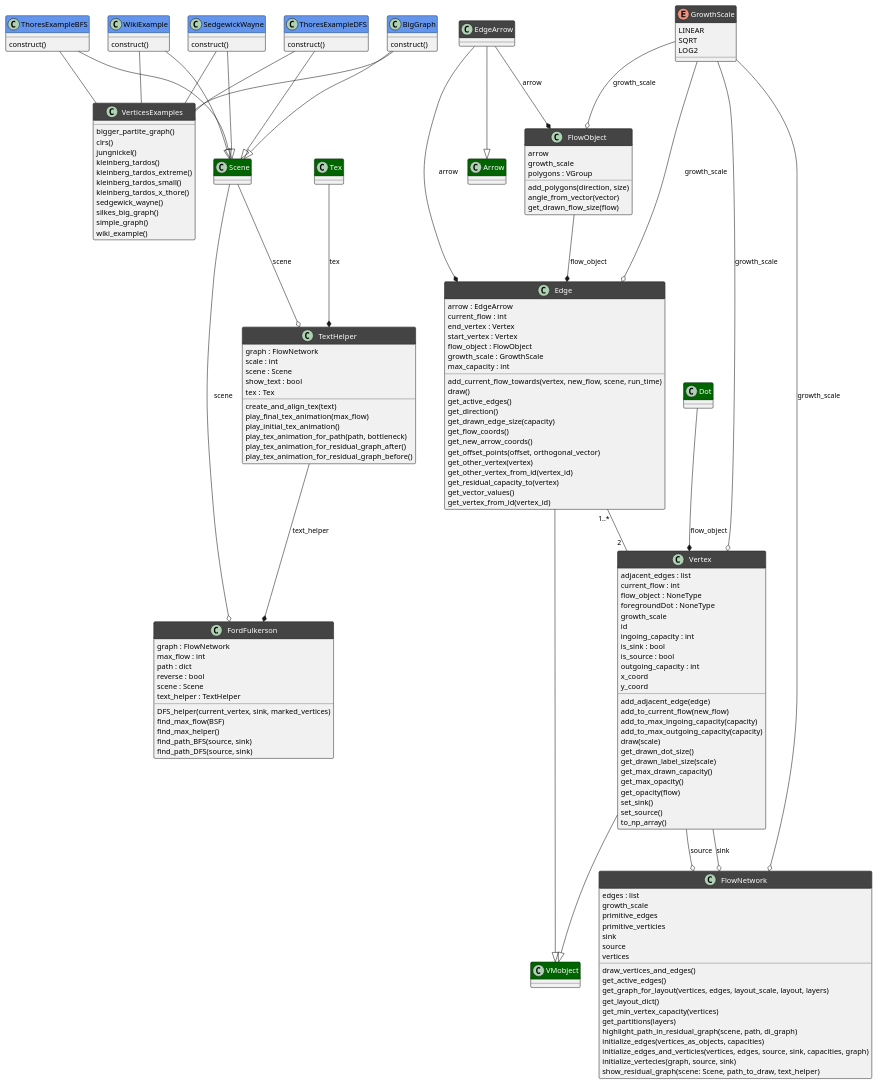
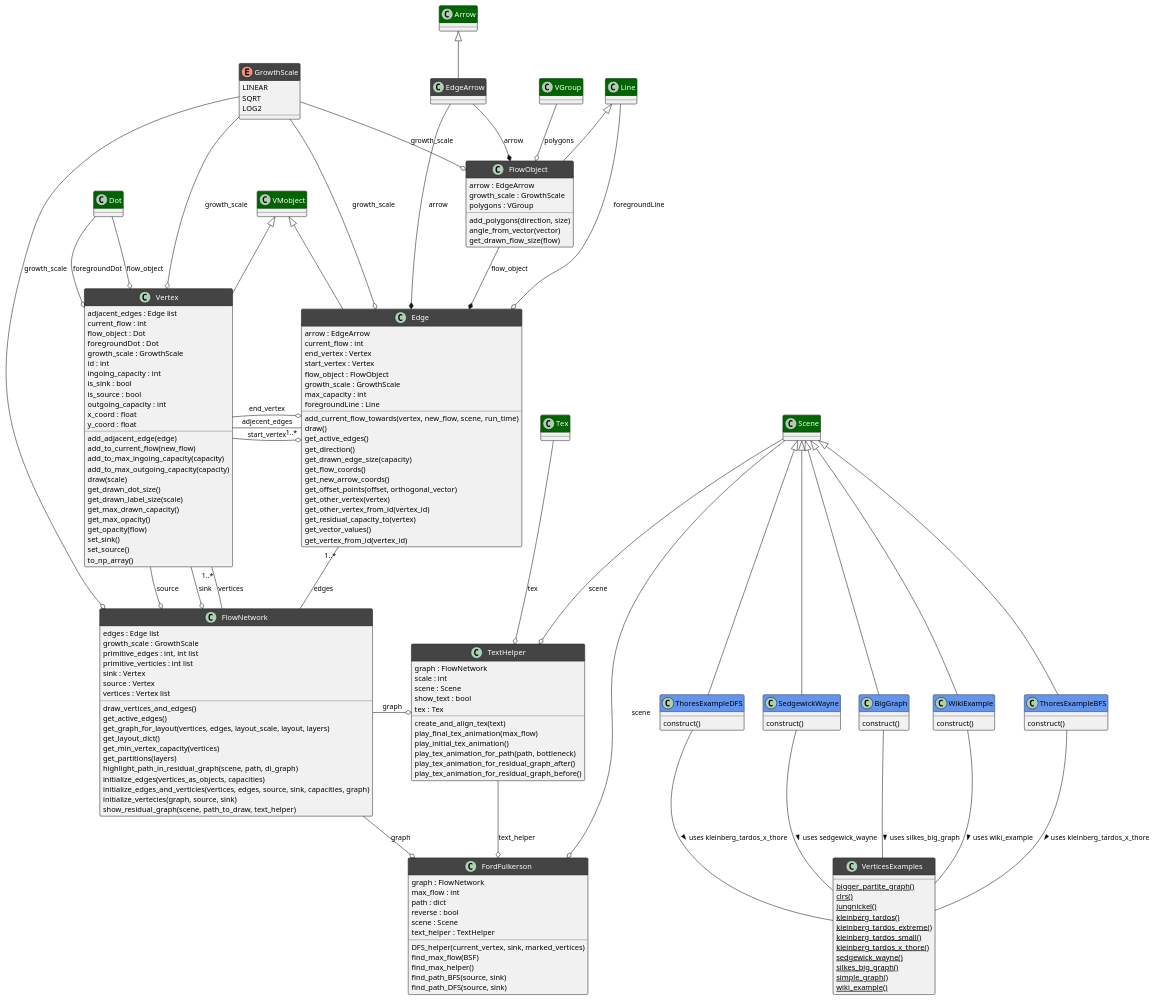
One commit to rakulmaria/bachelor-spring-24 changed the diagram in classesDiagram.puml. Above: the diagram before and after it, drawn with PlantUML. The commit also changed 1 other file, not shown here.

```diff
--- a/classesDiagram.puml
+++ b/classesDiagram.puml
@@ -1,185 +1,199 @@
 @startuml classes
 skinparam classFontColor automatic
 skinparam classHeaderBackgroundColor #444
 set namespaceSeparator none
 
-class "VerticesExamples" as src.vertices_examples.VerticesExamples {
-  bigger_partite_graph()
-  clrs()
-  jungnickel()
-  kleinberg_tardos()
-  kleinberg_tardos_extreme()
-  kleinberg_tardos_small()
-  kleinberg_tardos_x_thore()
-  sedgewick_wayne()
-  silkes_big_graph()
-  simple_graph()
-  wiki_example()
+class "VerticesExamples" as VerticesExamples {
+  {static} bigger_partite_graph()
+  {static} clrs()
+  {static} jungnickel()
+  {static} kleinberg_tardos()
+  {static} kleinberg_tardos_extreme()
+  {static} kleinberg_tardos_small()
+  {static} kleinberg_tardos_x_thore()
+  {static} sedgewick_wayne()
+  {static} silkes_big_graph()
+  {static} simple_graph()
+  {static} wiki_example()
 }
 
-class "WikiExample" as src.main.WikiExample #header:CornFlowerBlue {
+class "WikiExample" as WikiExample #header:CornFlowerBlue {
   construct()
 }
-class "ThoresExampleBFS" as src.main.ThoresExampleBFS #header:CornFlowerBlue {
+class "ThoresExampleBFS" as ThoresExampleBFS #header:CornFlowerBlue {
   construct()
 }
-class "ThoresExampleDFS" as src.main.ThoresExampleDFS #header:CornFlowerBlue {
+class "ThoresExampleDFS" as ThoresExampleDFS #header:CornFlowerBlue {
   construct()
 }
-class "SedgewickWayne" as src.main.SedgewickWayne #header:CornFlowerBlue {
+class "SedgewickWayne" as SedgewickWayne #header:CornFlowerBlue {
   construct()
 }
-class "BigGraph" as src.main.BigGraph #header:CornFlowerBlue {
+class "BigGraph" as BigGraph #header:CornFlowerBlue {
   construct()
 }
 
-class "Dot" as manim.mobject.geometry.arc.Dot #header:DarkGreen {}
+class "Dot" as Dot #header:DarkGreen {}
 class "Edge" as Edge {
   arrow : EdgeArrow
   current_flow : int
   end_vertex : Vertex
   start_vertex : Vertex
   flow_object : FlowObject
   growth_scale : GrowthScale
   max_capacity : int
+  foregroundLine : Line
   add_current_flow_towards(vertex, new_flow, scene, run_time)
   draw()
   get_active_edges()
   get_direction()
   get_drawn_edge_size(capacity)
   get_flow_coords()
   get_new_arrow_coords()
   get_offset_points(offset, orthogonal_vector)
   get_other_vertex(vertex)
   get_other_vertex_from_id(vertex_id)
   get_residual_capacity_to(vertex)
   get_vector_values()
   get_vertex_from_id(vertex_id)
 }
-class "EdgeArrow" as src.arrow.EdgeArrow {
+class "EdgeArrow" as EdgeArrow {
 }
-class "FlowNetwork" as src.flow_network.FlowNetwork {
-  edges : list
-  growth_scale
-  primitive_edges
-  primitive_verticies
-  sink
-  source
-  vertices
+class "FlowNetwork" as FlowNetwork {
+  edges : Edge list
+  growth_scale : GrowthScale
+  primitive_edges : int, int list
+  primitive_verticies : int list
+  sink : Vertex
+  source : Vertex
+  vertices : Vertex list
   draw_vertices_and_edges()
   get_active_edges()
   get_graph_for_layout(vertices, edges, layout_scale, layout, layers)
   get_layout_dict()
   get_min_vertex_capacity(vertices)
   get_partitions(layers)
   highlight_path_in_residual_graph(scene, path, di_graph)
   initialize_edges(vertices_as_objects, capacities)
   initialize_edges_and_verticies(vertices, edges, source, sink, capacities, graph)
   initialize_vertecies(graph, source, sink)
-  show_residual_graph(scene: Scene, path_to_draw, text_helper)
+  show_residual_graph(scene, path_to_draw, text_helper)
 }
-class "FlowObject" as src.flow_object.FlowObject {
-  arrow
-  growth_scale
+class "FlowObject" as FlowObject {
+  arrow : EdgeArrow
+  growth_scale : GrowthScale
   polygons : VGroup
   add_polygons(direction, size)
   angle_from_vector(vector)
   get_drawn_flow_size(flow)
 }
-class "FordFulkerson" as src.ford_fulkerson.FordFulkerson {
+class "FordFulkerson" as FordFulkerson {
   graph : FlowNetwork
   max_flow : int
   path : dict
   reverse : bool
   scene : Scene
   text_helper : TextHelper
   DFS_helper(current_vertex, sink, marked_vertices)
   find_max_flow(BSF)
   find_max_helper()
   find_path_BFS(source, sink)
   find_path_DFS(source, sink)
 }
-enum "GrowthScale" as src.utils.GrowthScale {
+enum "GrowthScale" as GrowthScale {
   LINEAR
   SQRT
   LOG2
 }
-class "Scene" as manim.scene.scene.Scene #header:DarkGreen {
+class "Scene" as Scene #header:DarkGreen {
 
 }
-class "Tex" as manim.mobject.text.tex_mobject.Tex #header:DarkGreen {
+class "Tex" as Tex #header:DarkGreen {
 }
-class "TextHelper" as src.tex.TextHelper {
+class "TextHelper" as TextHelper {
   graph : FlowNetwork
   scale : int
   scene : Scene
   show_text : bool
   tex : Tex
   create_and_align_tex(text)
   play_final_tex_animation(max_flow)
   play_initial_tex_animation()
   play_tex_animation_for_path(path, bottleneck)
   play_tex_animation_for_residual_graph_after()
   play_tex_animation_for_residual_graph_before()
 }
 
-class "Vertex" as src.vertex.Vertex {
-  adjacent_edges : list
+class "Vertex" as Vertex {
+  adjacent_edges : Edge list
   current_flow : int
-  flow_object : NoneType
-  foregroundDot : NoneType
-  growth_scale
-  id
+  flow_object : Dot
+  foregroundDot : Dot
+  growth_scale : GrowthScale
+  id : int
   ingoing_capacity : int
   is_sink : bool
   is_source : bool
   outgoing_capacity : int
-  x_coord
-  y_coord
+  x_coord : float
+  y_coord : float
   add_adjacent_edge(edge)
   add_to_current_flow(new_flow)
   add_to_max_ingoing_capacity(capacity)
   add_to_max_outgoing_capacity(capacity)
   draw(scale)
   get_drawn_dot_size()
   get_drawn_label_size(scale)
   get_max_drawn_capacity()
   get_max_opacity()
   get_opacity(flow)
   set_sink()
   set_source()
   to_np_array()
 }
 
 class "VMobject" as VMobject #header:DarkGreen {}
 class "Arrow" as Arrow #header:DarkGreen {}
+class "Line" as Line #header:DarkGreen {}
+class "VGroup" as VGroup #header:DarkGreen {}
 
-Edge "1..*" -- "2  " src.vertex.Vertex
-Edge --|> VMobject
-src.vertex.Vertex --|> VMobject
-src.arrow.EdgeArrow --|> Arrow
-src.main.BigGraph --|> manim.scene.scene.Scene
-src.main.SedgewickWayne --|> manim.scene.scene.Scene
-src.main.ThoresExampleBFS --|> manim.scene.scene.Scene
-src.main.ThoresExampleDFS --|> manim.scene.scene.Scene
-src.main.WikiExample --|> manim.scene.scene.Scene
-manim.mobject.geometry.arc.Dot --* src.vertex.Vertex : flow_object
-manim.mobject.text.tex_mobject.Tex --* src.tex.TextHelper : tex
-src.arrow.EdgeArrow --* Edge : arrow
-src.arrow.EdgeArrow --* src.flow_object.FlowObject : arrow
-src.flow_object.FlowObject --* Edge : flow_object
-src.tex.TextHelper --* src.ford_fulkerson.FordFulkerson : text_helper
-manim.scene.scene.Scene --o src.ford_fulkerson.FordFulkerson : scene
-manim.scene.scene.Scene --o src.tex.TextHelper : scene
-src.utils.GrowthScale --o src.flow_network.FlowNetwork : growth_scale
-src.utils.GrowthScale --o Edge : growth_scale
-src.utils.GrowthScale --o src.flow_object.FlowObject : growth_scale
-src.utils.GrowthScale --o src.vertex.Vertex : growth_scale
-src.vertex.Vertex --o src.flow_network.FlowNetwork : source
-src.vertex.Vertex --o src.flow_network.FlowNetwork : sink
-src.main.BigGraph -- src.vertices_examples.VerticesExamples
-src.main.SedgewickWayne -- src.vertices_examples.VerticesExamples
-src.main.ThoresExampleBFS -- src.vertices_examples.VerticesExamples
-src.main.ThoresExampleDFS -- src.vertices_examples.VerticesExamples
-src.main.WikiExample -- src.vertices_examples.VerticesExamples
+BigGraph -- VerticesExamples : uses silkes_big_graph >
+SedgewickWayne -- VerticesExamples : uses sedgewick_wayne >
+ThoresExampleBFS -- VerticesExamples : uses kleinberg_tardos_x_thore >
+ThoresExampleDFS -- VerticesExamples : uses kleinberg_tardos_x_thore >
+WikiExample -- VerticesExamples : uses wiki_example >
+Edge "1..*" -l- Vertex : adjecent_edges
+Edge o-l- Vertex : start_vertex
+Edge o-l- Vertex : end_vertex
+VMobject <|-- Edge
+VMobject <|-- Vertex
+Arrow <|-- EdgeArrow
+Scene <|-- BigGraph
+Scene <|--  SedgewickWayne
+Scene <|--  ThoresExampleBFS
+Scene <|--  ThoresExampleDFS
+Scene <|--  WikiExample
+Line <|-- FlowObject
+VGroup --o FlowObject : polygons
+Dot --o Vertex : foregroundDot
+Dot --o Vertex : flow_object
+Line --o Edge : foregroundLine
+Tex --o TextHelper : tex
+Edge "1..*" -- FlowNetwork : edges
+Vertex "1..*" -- FlowNetwork : vertices
+EdgeArrow --* Edge : arrow
+EdgeArrow --* FlowObject : arrow
+FlowObject --* Edge : flow_object
+TextHelper --o FordFulkerson : text_helper
+FlowNetwork -r-o TextHelper : graph
+Scene --o FordFulkerson : scene
+FlowNetwork --o FordFulkerson : graph
+Scene --o TextHelper : scene
+GrowthScale --o FlowNetwork : growth_scale
+GrowthScale --o Edge : growth_scale
+GrowthScale --o FlowObject : growth_scale
+GrowthScale --o Vertex : growth_scale
+Vertex --o FlowNetwork : source
+Vertex --o FlowNetwork : sink
+
 @enduml
```
